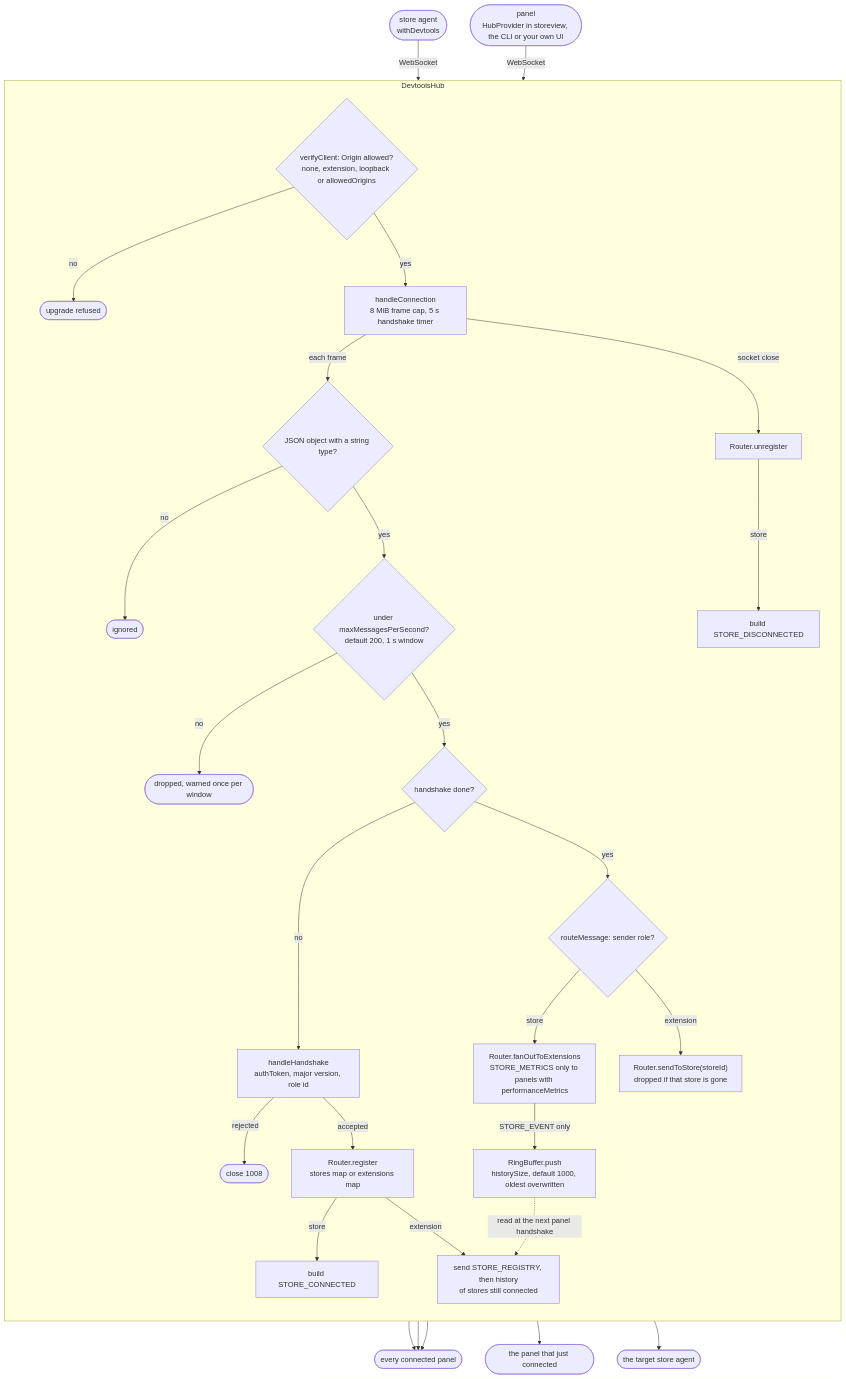
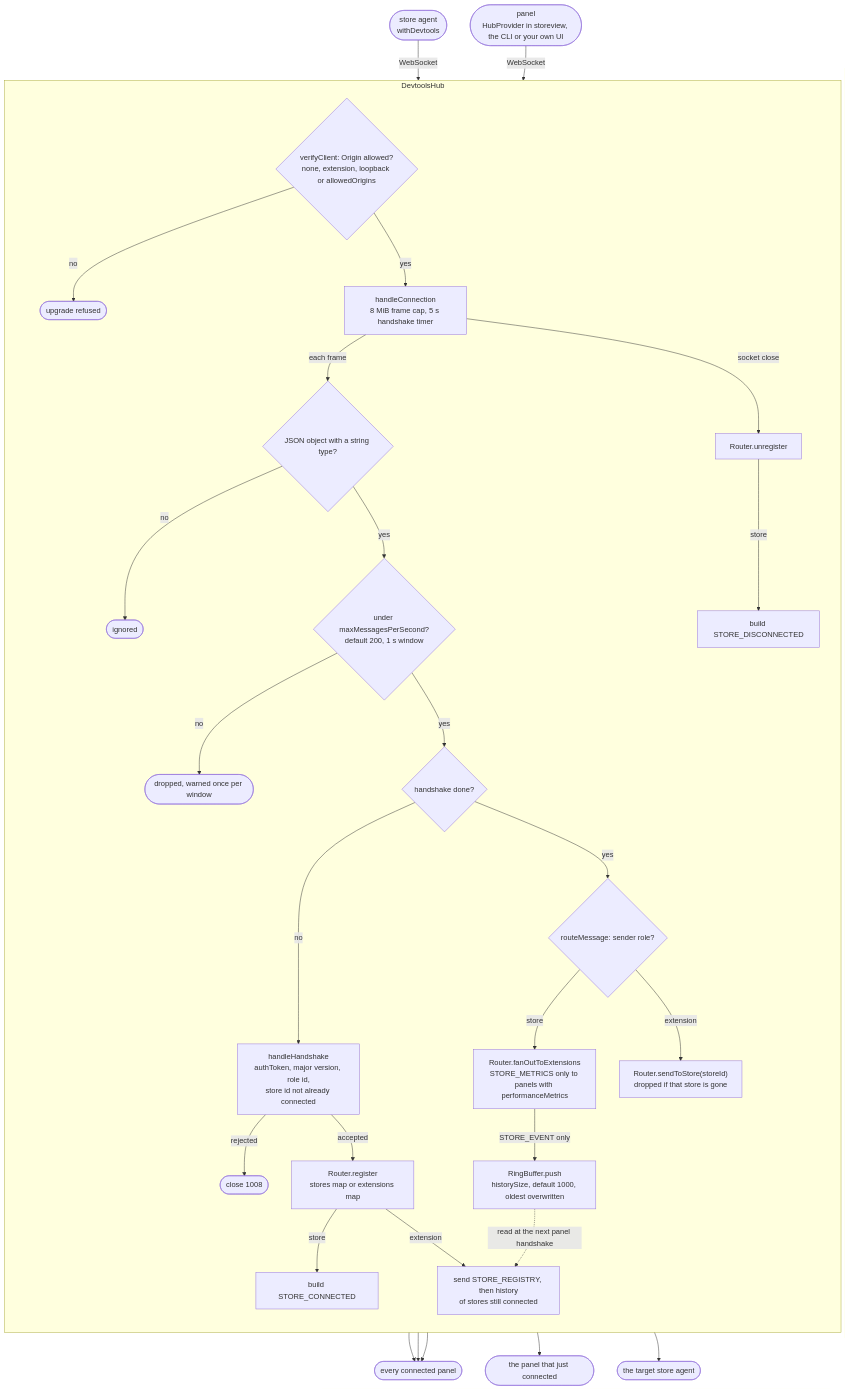
The diagram in devtools/devtools-server/README.md (yoltra/yoltra), drawn with Mermaid before and after one commit. The commit also changed other lines of this file and 102 other files, not shown here.

````diff
--- a/devtools/devtools-server/README.md
+++ b/devtools/devtools-server/README.md
@@ -86,37 +99,37 @@
 ```mermaid
 flowchart TD
     agentIn(["store agent<br/>withDevtools"])
     panelIn(["panel<br/>HubProvider in storeview, the CLI or your own UI"])
 
     subgraph hub ["DevtoolsHub"]
     direction TB
         verify{"verifyClient: Origin allowed?<br/>none, extension, loopback or allowedOrigins"}
         verify -->|"no"| refused(["upgrade refused"])
         verify -->|"yes"| conn["handleConnection<br/>8 MiB frame cap, 5 s handshake timer"]
         conn -->|"each frame"| shape{"JSON object with a string type?"}
         shape -->|"no"| ignored(["ignored"])
         shape -->|"yes"| rate{"under maxMessagesPerSecond?<br/>default 200, 1 s window"}
         rate -->|"no"| dropped(["dropped, warned once per window"])
         rate -->|"yes"| shaken{"handshake done?"}
-        shaken -->|"no"| hs["handleHandshake<br/>authToken, major version, role id"]
+        shaken -->|"no"| hs["handleHandshake<br/>authToken, major version, role id,<br/>store id not already connected"]
         hs -->|"rejected"| close1008(["close 1008"])
         hs -->|"accepted"| register["Router.register<br/>stores map or extensions map"]
         register -->|"store"| joined["build STORE_CONNECTED"]
         register -->|"extension"| greet["send STORE_REGISTRY, then history<br/>of stores still connected"]
         shaken -->|"yes"| route{"routeMessage: sender role?"}
         route -->|"store"| fan["Router.fanOutToExtensions<br/>STORE_METRICS only to panels with performanceMetrics"]
         fan -->|"STORE_EVENT only"| ring["RingBuffer.push<br/>historySize, default 1000, oldest overwritten"]
         ring -.->|"read at the next panel handshake"| greet
         route -->|"extension"| target["Router.sendToStore(storeId)<br/>dropped if that store is gone"]
         conn -->|"socket close"| unreg["Router.unregister"]
         unreg -->|"store"| left["build STORE_DISCONNECTED"]
     end
 
     agentIn -->|"WebSocket"| verify
     panelIn -->|"WebSocket"| verify
     fan --> panelOut(["every connected panel"])
     joined --> panelOut
     left --> panelOut
     greet --> panelNew(["the panel that just connected"])
     target --> agentOut(["the target store agent"])
 ```
````
